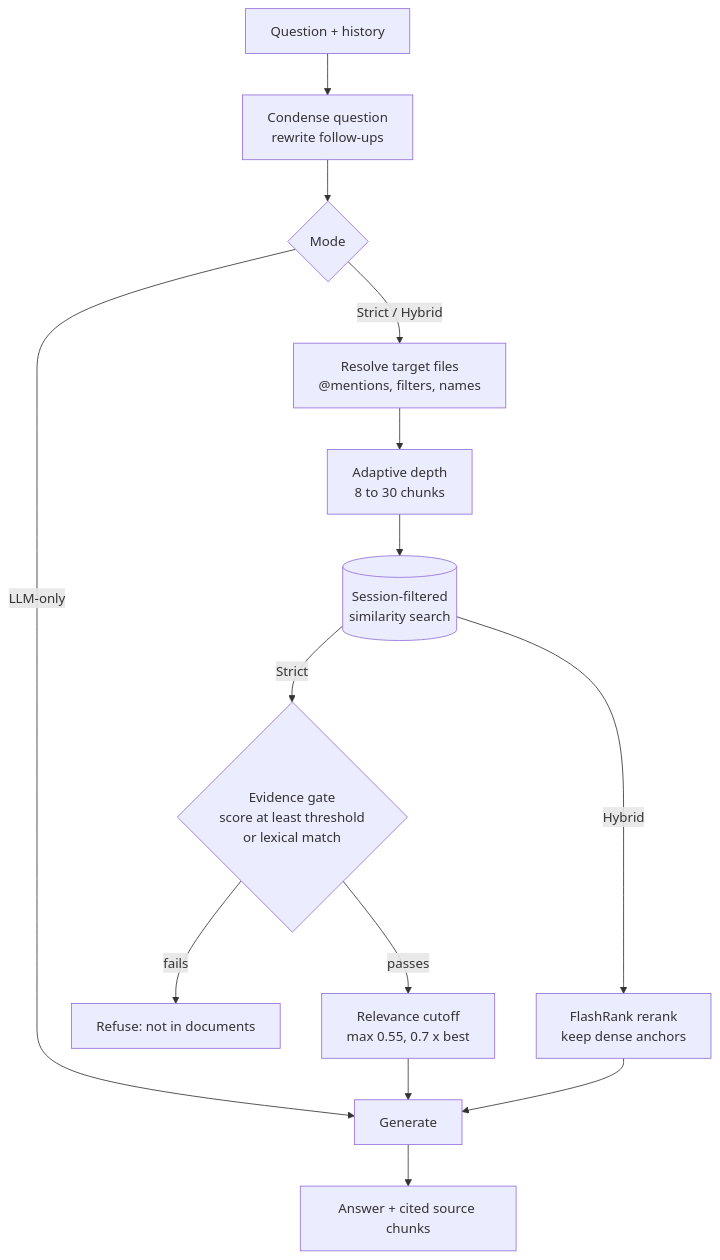
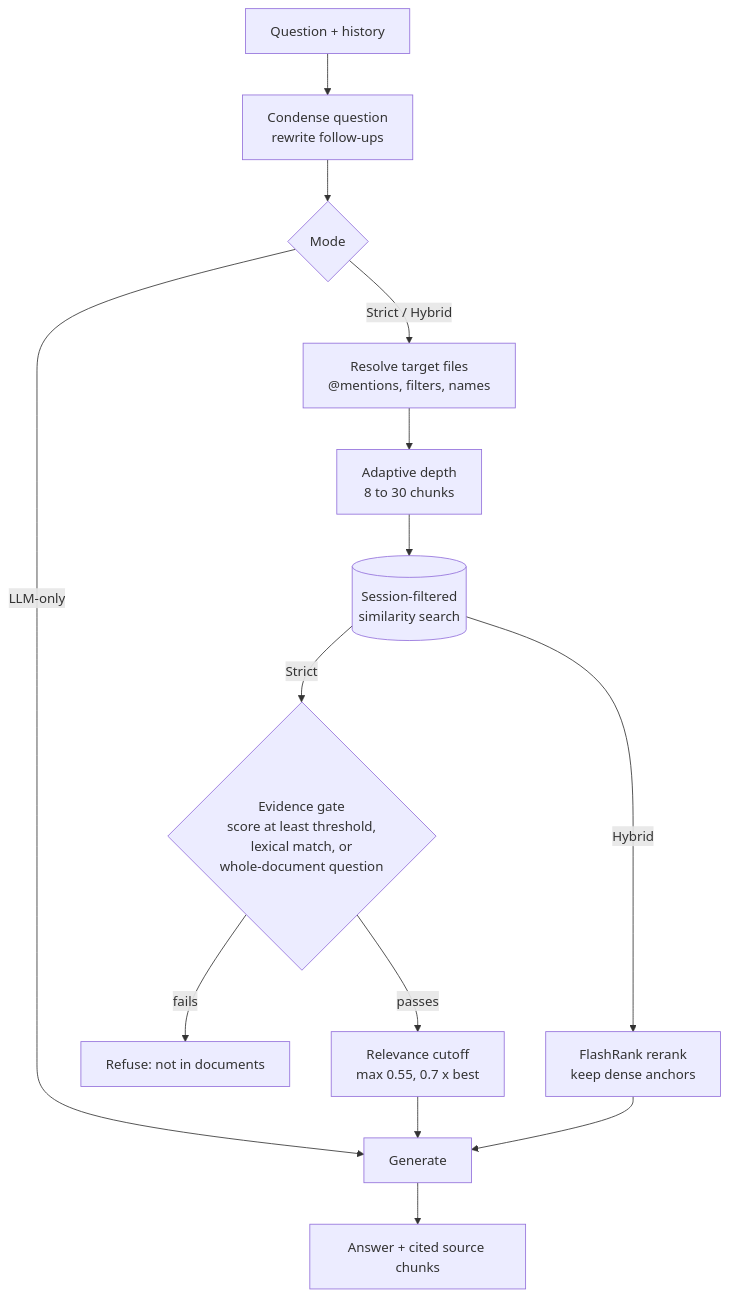
Before and after one commit to Pooria82/ParsRAG: the second of 2 diagrams in DATA.md, drawn with Mermaid. The commit also changed other lines of this file and 9 other files, not shown here.

````diff
--- a/DATA.md
+++ b/DATA.md
@@ -106,16 +106,16 @@
 ```mermaid
 flowchart TB
     Q[Question + history] --> CQ[Condense question<br>rewrite follow-ups]
     CQ --> M{Mode}
     M -->|LLM-only| G[Generate]
     M -->|Strict / Hybrid| F[Resolve target files<br>@mentions, filters, names]
     F --> D[Adaptive depth<br>8 to 30 chunks]
     D --> S[(Session-filtered<br>similarity search)]
-    S -->|Strict| T{Evidence gate<br>score at least threshold<br>or lexical match}
+    S -->|Strict| T{Evidence gate<br>score at least threshold,<br>lexical match, or<br>whole-document question}
     T -->|fails| N[Refuse: not in documents]
     T -->|passes| X[Relevance cutoff<br>max 0.55, 0.7 x best]
     S -->|Hybrid| R[FlashRank rerank<br>keep dense anchors]
     X --> G
     R --> G
     G --> A[Answer + cited source chunks]
 ```
````
